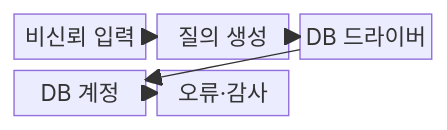
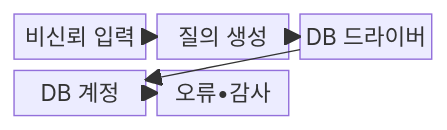
Before and after one commit to agnusdei1207/knowledge-base: the first of 2 diagrams in src/content/docs/notes/05-security/046_sql_injection.md, drawn with Mermaid. The commit also changed other lines of this file and 953 other files, not shown here.

````diff
--- a/src/content/docs/notes/05-security/046_sql_injection.md
+++ b/src/content/docs/notes/05-security/046_sql_injection.md
@@ -67,13 +67,13 @@
 ```mermaid
 block-beta
   columns 3
   A["비신뢰 입력"]
   B["질의 생성"]
   C["DB 드라이버"]
   D["DB 계정"]
-  E["오류·감사"]
+  E["오류•감사"]
   A --> B
   B --> C
   C --> D
   D --> E
 ```
````
